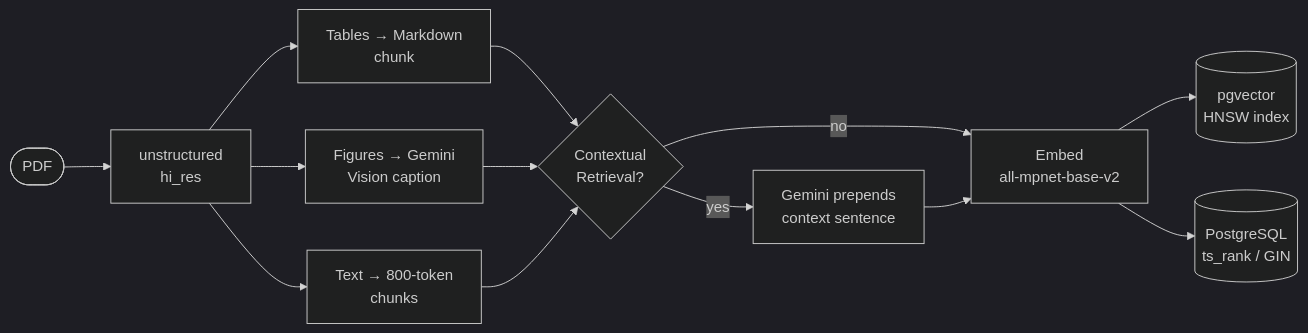
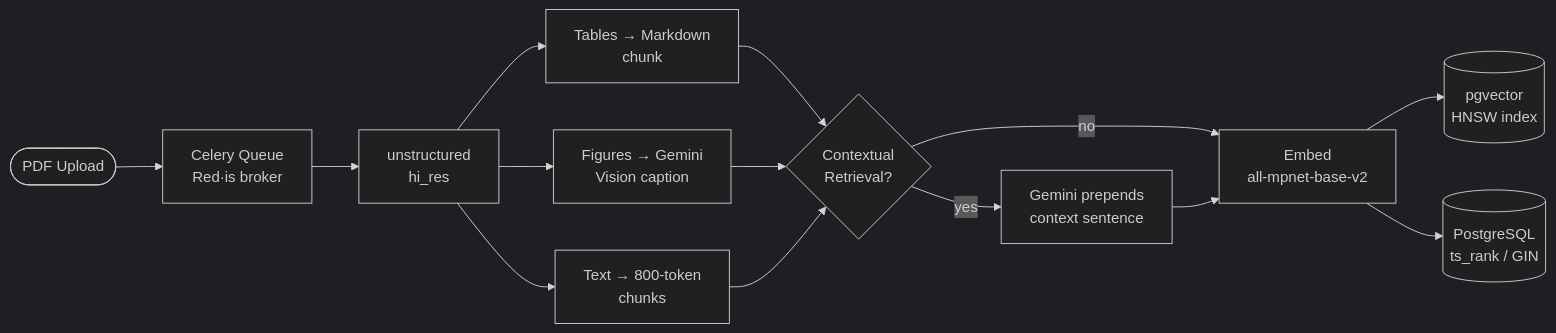
Before and after one commit to robayedl/rag-pdf-assistant: the second of 2 diagrams in README.md, drawn with Mermaid (dark theme). The commit also changed other lines of this file and 23 other files, not shown here.

````diff
--- a/README.md
+++ b/README.md
@@ -80,13 +81,14 @@
 ```mermaid
 flowchart LR
-    PDF([PDF]) --> UP[unstructured\nhi_res]
+    PDF([PDF Upload]) --> Q[Celery Queue\nRed·is broker]
+    Q --> UP[unstructured\nhi_res]
     UP --> T[Tables → Markdown\nchunk]
     UP --> F[Figures → Gemini\nVision caption]
     UP --> TX[Text → 800-token\nchunks]
     T & F & TX --> CR{Contextual\nRetrieval?}
     CR -->|yes| CTX[Gemini prepends\ncontext sentence]
     CR -->|no| EMB
     CTX --> EMB[Embed\nall-mpnet-base-v2]
     EMB --> VEC[(pgvector\nHNSW index)]
     EMB --> TS[(PostgreSQL\nts_rank / GIN)]
 ```
````
